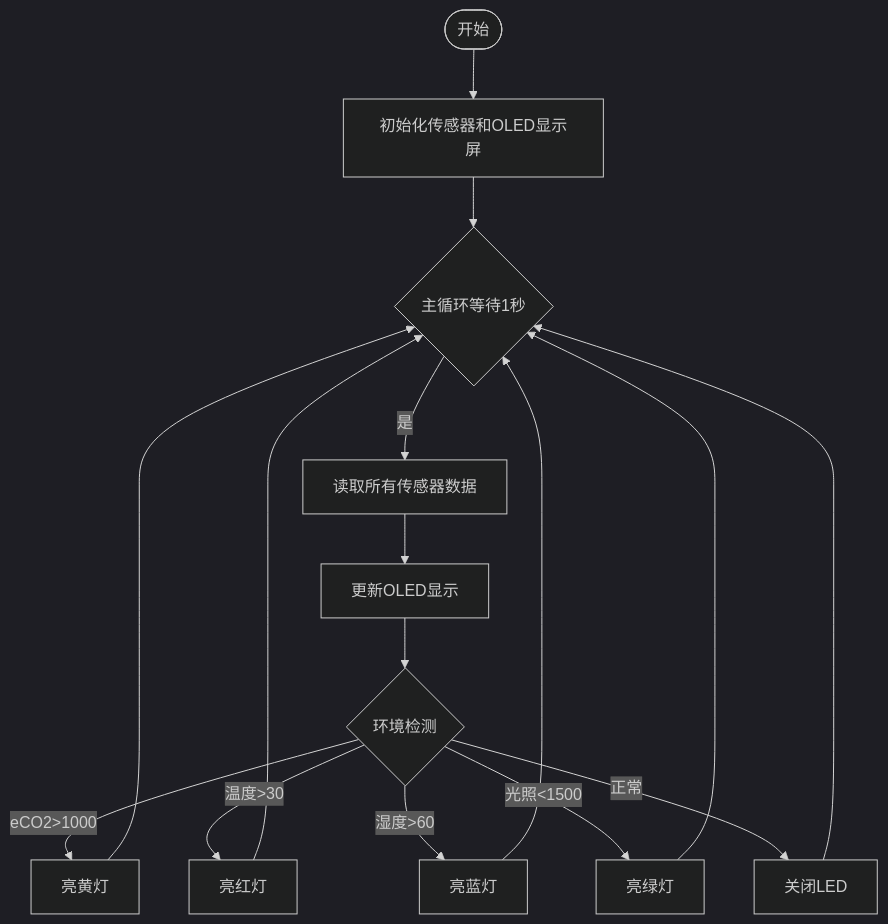
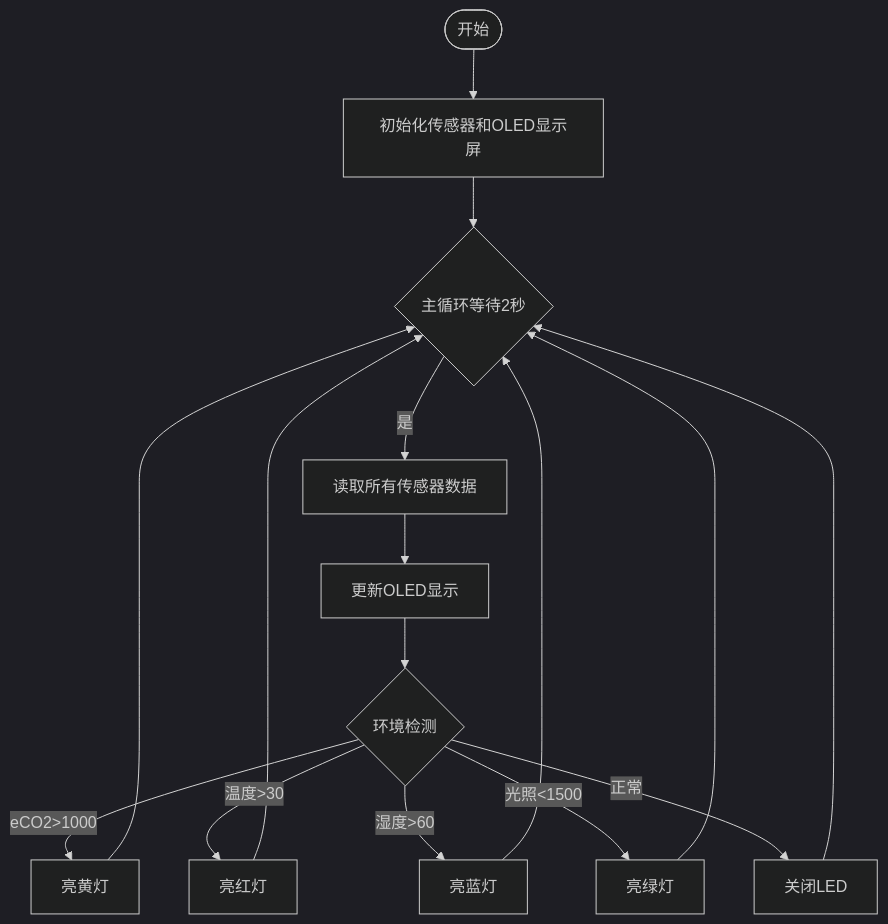
The diagram in docs/4. Arduino教程/4.3 课程/课程04.md (keyeswiki/KE3107-ESP32), drawn with Mermaid (dark theme) before and after one commit. The commit also changed other lines of this file and 1255 other files, not shown here.

````diff
--- a/docs/4. Arduino教程/4.3 课程/课程04.md
+++ b/docs/4. Arduino教程/4.3 课程/课程04.md
@@ -29,21 +29,21 @@
 ```mermaid
 graph TD
     A([开始]) --> B[初始化传感器和OLED显示屏]
     
-    B --> C{主循环等待1秒}
+    B --> C{主循环等待2秒}
     C -->|是| D[读取所有传感器数据]
     D --> E[更新OLED显示]
     E --> F{环境检测}
     
     F -->|eCO2>1000| J[亮黄灯]
     F -->|温度>30| H[亮红灯]
     F -->|湿度>60| I[亮蓝灯]
     F -->|光照<1500| G[亮绿灯]
     F -->|正常| K[关闭LED]
     
     G --> C
     H --> C
     I --> C
     J --> C
     K --> C
 ```
````
